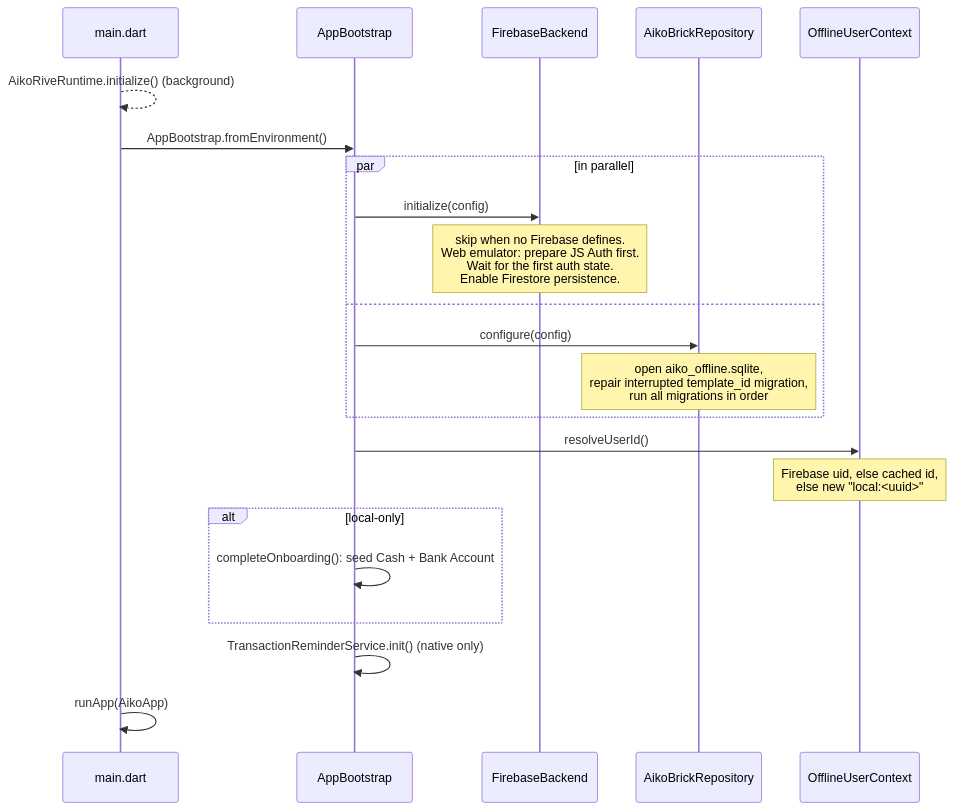
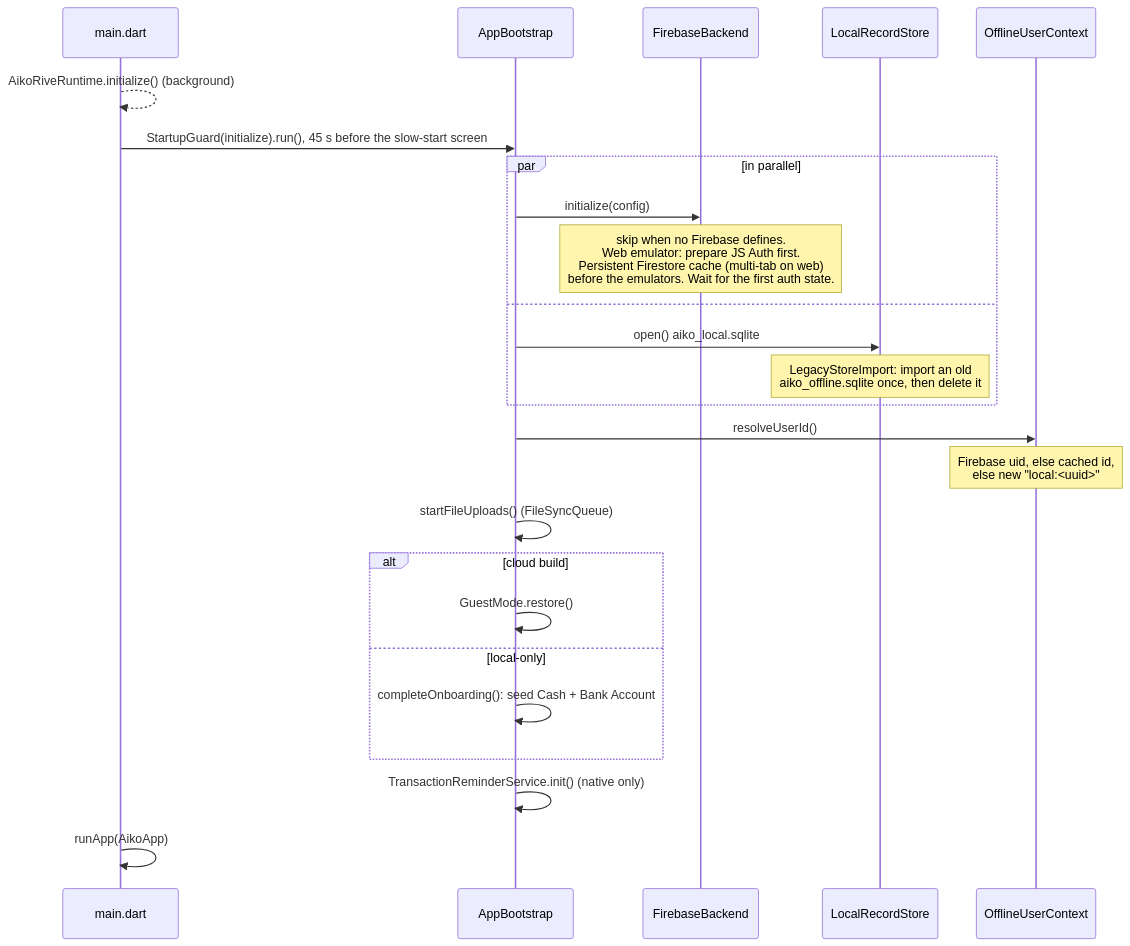
One commit to PePoDev/aiko changed the second of 2 diagrams in docs/architecture.md. Above: the diagram before and after it, drawn with Mermaid. The commit also changed other lines of this file and 15 other files, not shown here.

First line of the commit message:
Docs: describe the Brick-free local store, offline mode and sync

````diff
--- a/docs/architecture.md
+++ b/docs/architecture.md
@@ -49,24 +51,27 @@
 ```mermaid
 sequenceDiagram
   participant M as main.dart
   participant B as AppBootstrap
   participant F as FirebaseBackend
-  participant L as AikoBrickRepository
+  participant L as LocalRecordStore
   participant U as OfflineUserContext
   M-->>M: AikoRiveRuntime.initialize() (background)
-  M->>B: AppBootstrap.fromEnvironment()
+  M->>B: StartupGuard(initialize).run(), 45 s before the slow-start screen
   par in parallel
     B->>F: initialize(config)
-    Note over F: skip when no Firebase defines.<br/>Web emulator: prepare JS Auth first.<br/>Wait for the first auth state.<br/>Enable Firestore persistence.
+    Note over F: skip when no Firebase defines.<br/>Web emulator: prepare JS Auth first.<br/>Persistent Firestore cache (multi-tab on web)<br/>before the emulators. Wait for the first auth state.
   and
-    B->>L: configure(config)
-    Note over L: open aiko_offline.sqlite,<br/>repair interrupted template_id migration,<br/>run all migrations in order
+    B->>L: open() aiko_local.sqlite
+    Note over L: LegacyStoreImport: import an old<br/>aiko_offline.sqlite once, then delete it
   end
   B->>U: resolveUserId()
   Note over U: Firebase uid, else cached id,<br/>else new "local:<uuid>"
-  alt local-only
+  B->>B: startFileUploads() (FileSyncQueue)
+  alt cloud build
+    B->>B: GuestMode.restore()
+  else local-only
     B->>B: completeOnboarding(): seed Cash + Bank Account
   end
   B->>B: TransactionReminderService.init() (native only)
   M->>M: runApp(AikoApp)
 ```
````
